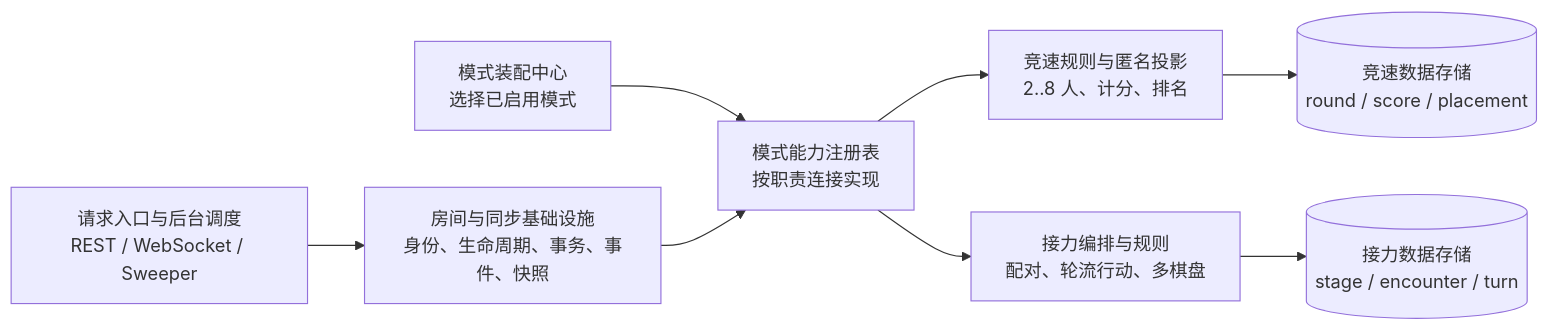
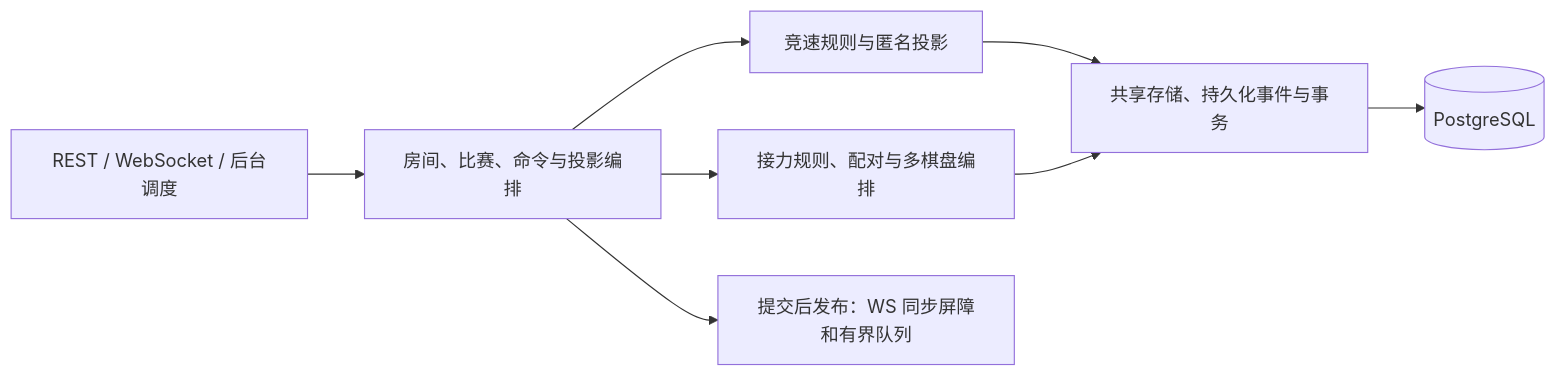
One commit to jachinzhang1/TouhouFlandre changed the second of 6 diagrams in docs/architecture.md. Above: the diagram before and after it, drawn with Mermaid. The commit also changed other lines of this file and 414 other files, not shown here.

````diff
--- a/docs/architecture.md
+++ b/docs/architecture.md
@@ -54,10 +74,10 @@
 ```mermaid
 flowchart LR
-    T["请求入口与后台调度<br/>REST / WebSocket / Sweeper"] --> C["房间与同步基础设施<br/>身份、生命周期、事务、事件、快照"]
-    A["模式装配中心<br/>选择已启用模式"] --> R["模式能力注册表<br/>按职责连接实现"]
-    R --> RA["竞速规则与匿名投影<br/>2..8 人、计分、排名"]
-    R --> RE["接力编排与规则<br/>配对、轮流行动、多棋盘"]
-    C --> R
-    RA --> RS[("竞速数据存储<br/>round / score / placement")]
-    RE --> ES[("接力数据存储<br/>stage / encounter / turn")]
+    T["REST / WebSocket / 后台调度"] --> C["房间、比赛、命令与投影编排"]
+    C --> RA["竞速规则与匿名投影"]
+    C --> RE["接力规则、配对与多棋盘编排"]
+    RA --> S["共享存储、持久化事件与事务"]
+    RE --> S
+    S --> DB[(PostgreSQL)]
+    C --> WS["提交后发布：WS 同步屏障和有界队列"]
 ```
````
